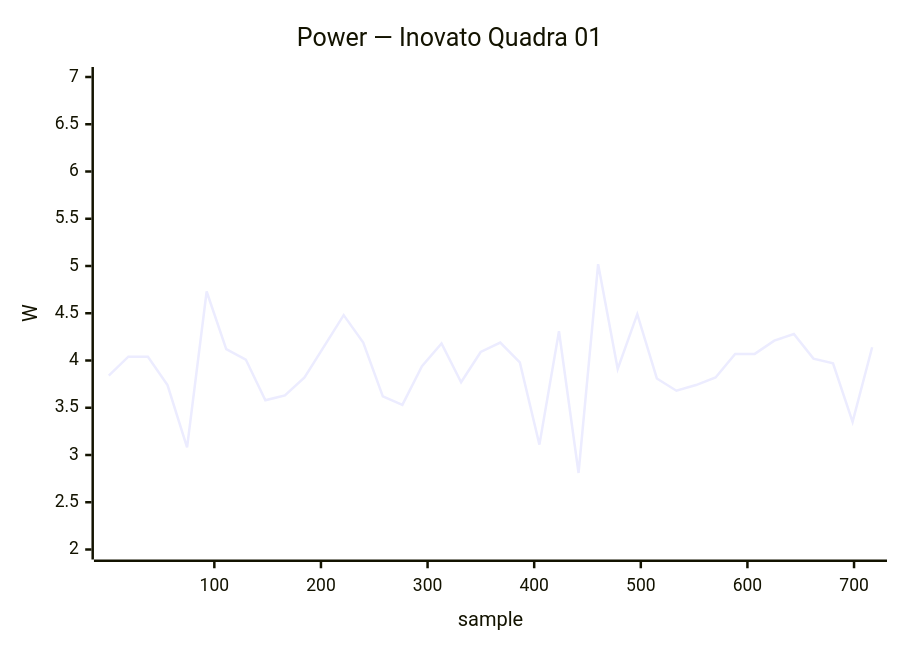
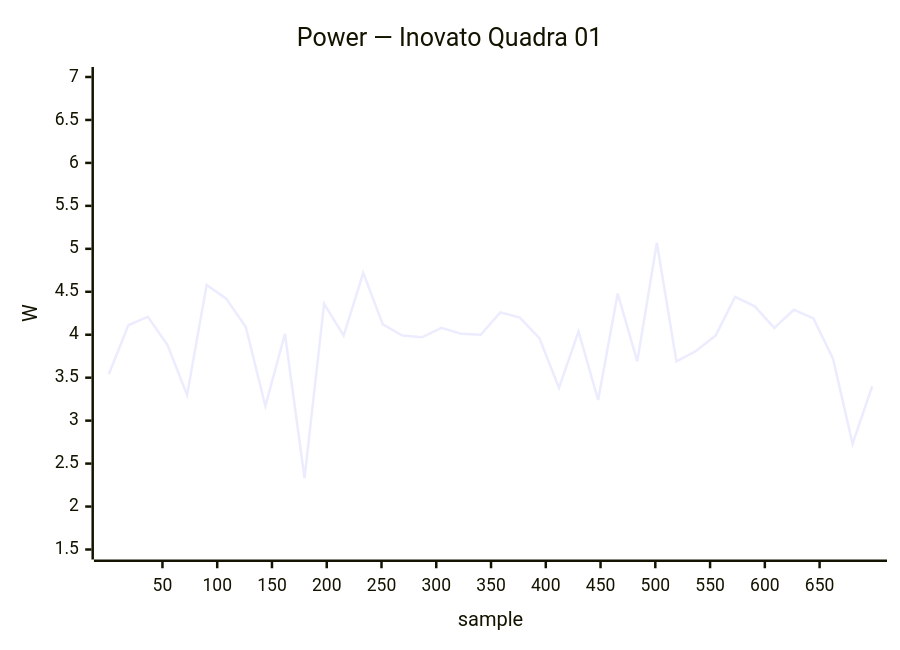
One commit to armbian/documentation changed diagram 16 of 41 in docs/status/board-tests.md. Above: the diagram before and after it, drawn with Mermaid. The commit also changed other lines of this file, not shown here.

````diff
--- a/docs/status/board-tests.md
+++ b/docs/status/board-tests.md
@@ -599,7 +664,7 @@
 ```mermaid
 xychart-beta
     title "Power — Inovato Quadra 01"
-    x-axis "sample" 1 --> 717
-    y-axis "W" 2.0 --> 7.0
-    line [3.84, 4.04, 4.04, 3.74, 3.08, 4.73, 4.12, 4.01, 3.58, 3.63, 3.82, 4.15, 4.48, 4.19, 3.62, 3.53, 3.94, 4.18, 3.77, 4.09, 4.19, 3.98, 3.11, 4.31, 2.81, 5.02, 3.91, 4.49, 3.81, 3.68, 3.74, 3.82, 4.07, 4.07, 4.21, 4.28, 4.02, 3.97, 3.35, 4.14]
+    x-axis "sample" 1 --> 698
+    y-axis "W" 1.5 --> 7.0
+    line [3.54, 4.11, 4.21, 3.88, 3.30, 4.58, 4.42, 4.09, 3.17, 4.01, 2.33, 4.36, 3.99, 4.72, 4.12, 3.99, 3.97, 4.08, 4.01, 4.00, 4.26, 4.20, 3.96, 3.38, 4.04, 3.24, 4.48, 3.69, 5.07, 3.69, 3.81, 3.99, 4.44, 4.33, 4.08, 4.29, 4.19, 3.72, 2.73, 3.40]
 ```
````
